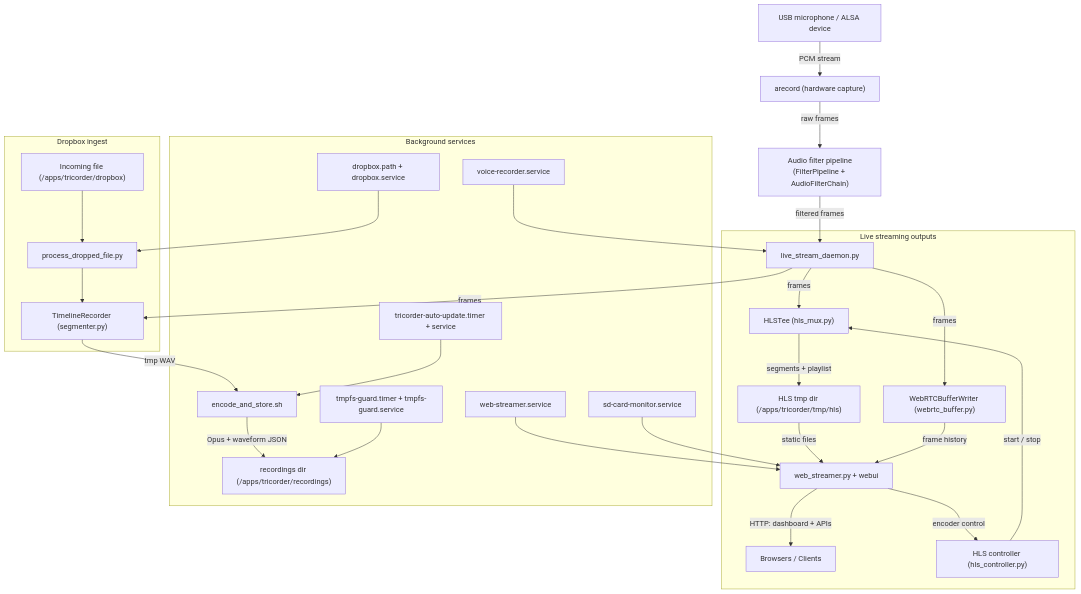
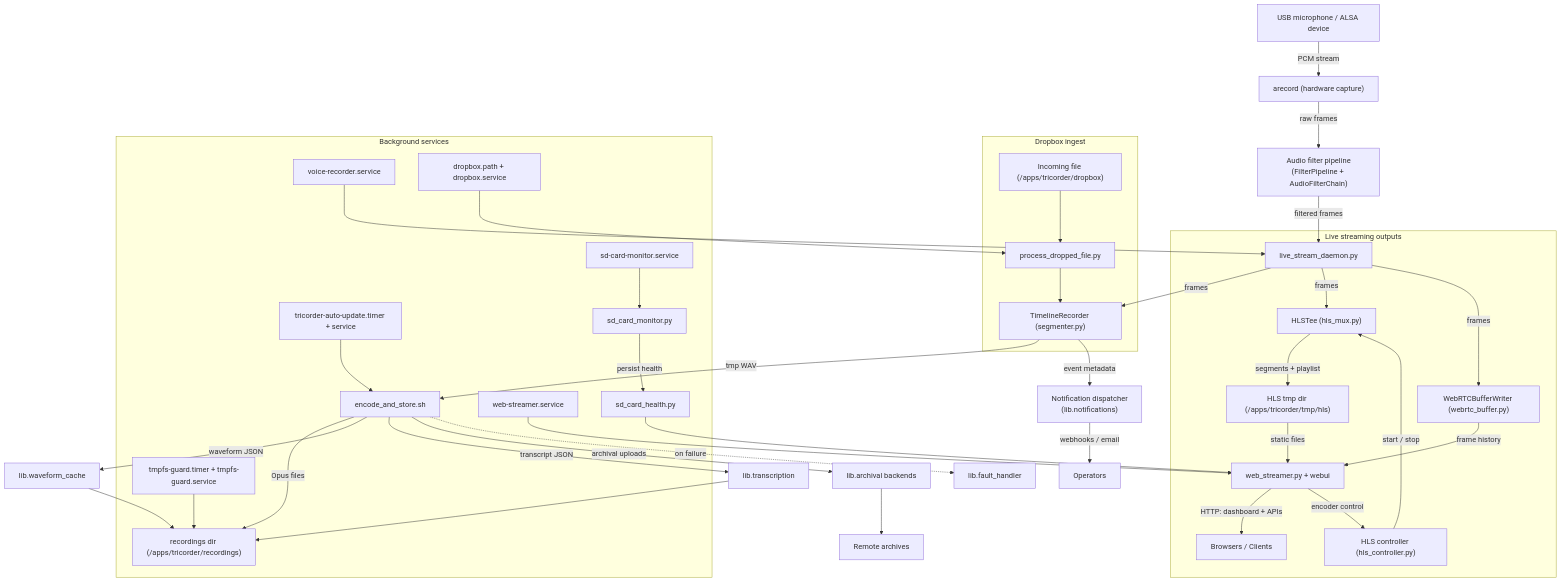
One commit to JoshuaDodds/tricorder changed the diagram in README.md. Above: the diagram before and after it, drawn with Mermaid. The commit also changed other lines of this file, not shown here.

Commit message:
TR-59 Refresh architecture diagram #comment Update README diagram and narrative to reflect notifications, archival, and SD card monitor flows #time 1h 20m #transition In Review

````diff
--- a/README.md
+++ b/README.md
@@ -37,36 +37,47 @@
 ```mermaid
 graph TD
     HW[USB microphone / ALSA device] -->|PCM stream| AR["arecord (hardware capture)"];
     AR -->|raw frames| FP["Audio filter pipeline\n(FilterPipeline + AudioFilterChain)"];
     FP -->|filtered frames| LS[live_stream_daemon.py];
 
     LS -->|frames| C["TimelineRecorder (segmenter.py)"];
     C -->|tmp WAV| D[encode_and_store.sh];
-    D -->|Opus + waveform JSON| E["recordings dir (/apps/tricorder/recordings)"];
+    C -->|event metadata| N["Notification dispatcher\n(lib.notifications)"];
+    N -->|webhooks / email| OUT[Operators];
+    D -->|Opus files| E["recordings dir (/apps/tricorder/recordings)"];
+    D -->|waveform JSON| WF[lib.waveform_cache];
+    WF --> E;
+    D -->|transcript JSON| TR[lib.transcription];
+    TR --> E;
+    D -->|archival uploads| ARCH[lib.archival backends];
+    ARCH --> REMOTE[Remote archives];
+    D -.->|on failure| FH[lib.fault_handler];
 
     subgraph "Live streaming outputs"
         LS -->|frames| H["HLSTee (hls_mux.py)"];
         H -->|segments + playlist| I["HLS tmp dir (/apps/tricorder/tmp/hls)"];
         I -->|static files| J["web_streamer.py + webui"];
         J -->|HTTP: dashboard + APIs| K[Browsers / Clients];
         J -->|encoder control| CTRL["HLS controller (hls_controller.py)"];
         CTRL -->|start / stop| H;
 
         LS -->|frames| WBR["WebRTCBufferWriter (webrtc_buffer.py)"];
         WBR -->|frame history| J;
     end
 
     subgraph "Dropbox ingest"
         F["Incoming file (/apps/tricorder/dropbox)"] --> G[process_dropped_file.py];
         G --> C;
     end
 
     subgraph "Background services"
         SM_voice_recorder[voice-recorder.service] --> LS;
         SM_web_streamer[web-streamer.service] --> J;
         SM_dropbox[dropbox.path + dropbox.service] --> G;
         SM_tmpfs[tmpfs-guard.timer + tmpfs-guard.service] --> E;
         SM_updater[tricorder-auto-update.timer + service] --> D;
-        SM_sd_monitor[sd-card-monitor.service] --> J;
+        SM_sd_monitor[sd-card-monitor.service] --> SDM[sd_card_monitor.py];
+        SDM -->|persist health| HEALTH[sd_card_health.py];
+        HEALTH --> J;
     end
 ```
````
